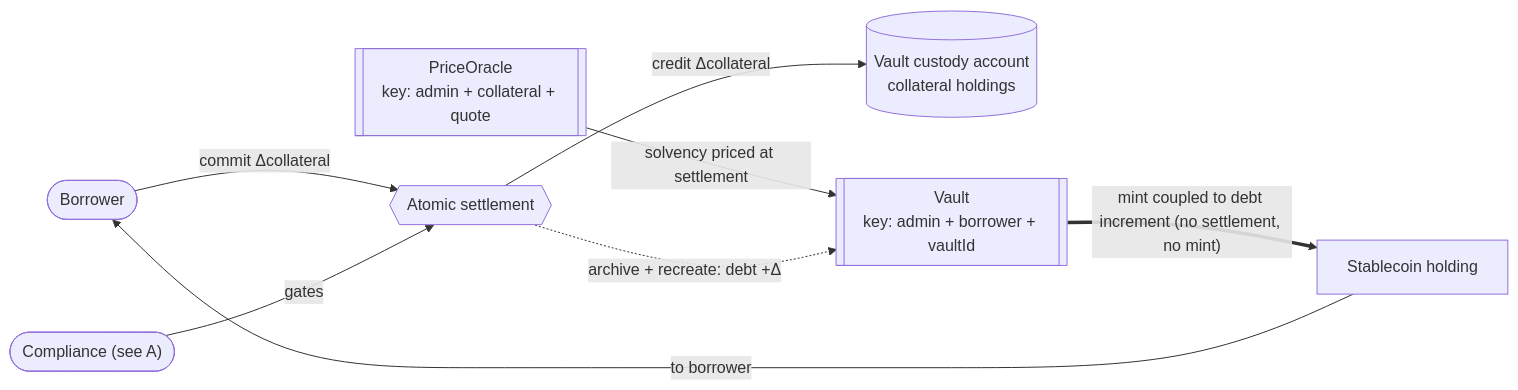
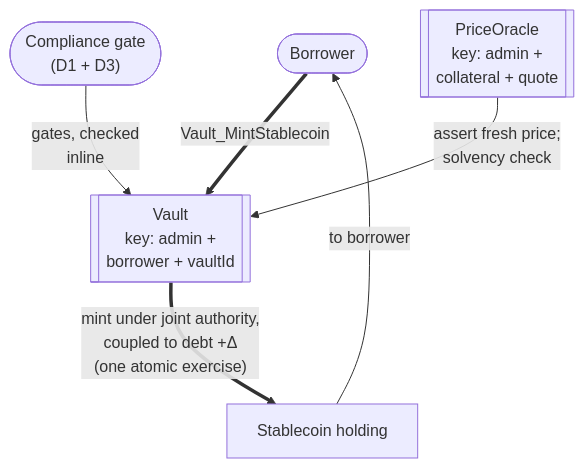
The second of 5 diagrams in docs/ri-reports/02-lending.md (OpenZeppelin/canton-specs), drawn with Mermaid before and after one commit. The commit also changed other lines of this file, not shown here.

Commit message:
Some refinements after one pass over the doc.

````diff
--- a/docs/ri-reports/02-lending.md
+++ b/docs/ri-reports/02-lending.md
@@ -176,18 +165,14 @@
 ```mermaid
-flowchart LR
+flowchart TD
     Borrower([Borrower])
-    Compliance(["Compliance (see A)"])
-    Oracle[["PriceOracle<br/>key: admin + collateral + quote"]]
-    Settle{{Atomic settlement}}
-    Custody[("Vault custody account<br/>collateral holdings")]
-    Vault[["Vault<br/>key: admin + borrower + vaultId"]]
+    Compliance(["Compliance gate<br/>(D1 + D3)"])
+    Oracle[["PriceOracle<br/>key: admin +<br/>collateral + quote"]]
+    Vault[["Vault<br/>key: admin +<br/>borrower + vaultId"]]
     Coin["Stablecoin holding"]
 
-    Borrower -->|"commit Δcollateral"| Settle
-    Compliance -->|"gates"| Settle
-    Oracle -->|"solvency priced at settlement"| Vault
-    Settle -->|"credit Δcollateral"| Custody
-    Vault ==>|"mint coupled to debt increment (no settlement, no mint)"| Coin
+    Borrower ==>|"Vault_MintStablecoin"| Vault
+    Compliance -->|"gates, checked<br/>inline"| Vault
+    Oracle -->|"assert fresh price;<br/>solvency check"| Vault
+    Vault ==>|"mint under joint authority,<br/>coupled to debt +Δ<br/>(one atomic exercise)"| Coin
     Coin -->|"to borrower"| Borrower
-    Settle -.->|"archive + recreate: debt +Δ"| Vault
 ```
````
